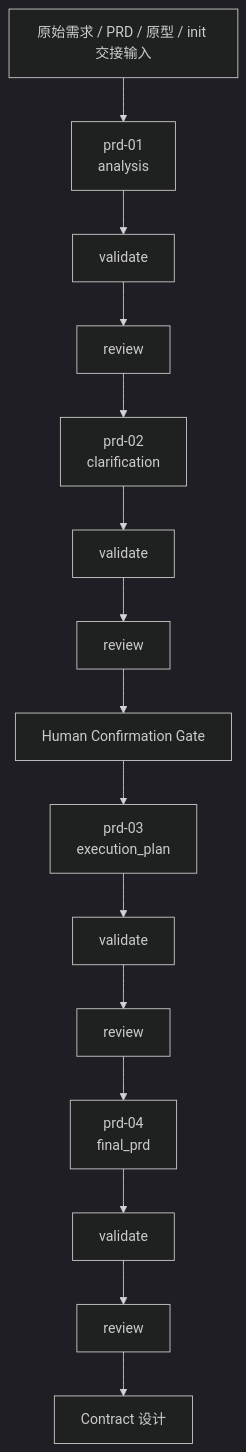
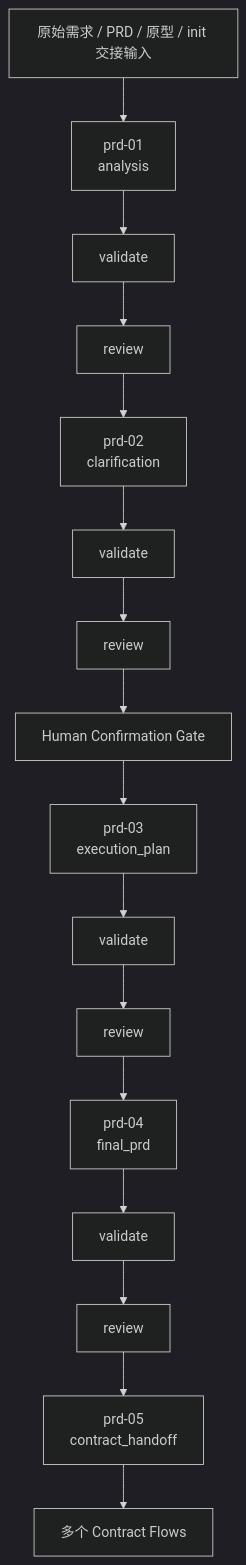
Before and after one commit to Jancy0713/archetype-admin-path: the diagram in docs/prd/WORKFLOW_GUIDE.md, drawn with Mermaid (dark theme). The commit also changed other lines of this file and 218 other files, not shown here.

````diff
--- a/docs/prd/WORKFLOW_GUIDE.md
+++ b/docs/prd/WORKFLOW_GUIDE.md
@@ -53,17 +53,18 @@
 ```mermaid
 flowchart TD
     A["原始需求 / PRD / 原型 / init 交接输入"] --> P01["prd-01<br/>analysis"]
     P01 --> P01V["validate"]
     P01V --> P01R["review"]
     P01R --> P02["prd-02<br/>clarification"]
     P02 --> P02V["validate"]
     P02V --> P02R["review"]
     P02R --> H["Human Confirmation Gate"]
     H --> P03["prd-03<br/>execution_plan"]
     P03 --> P03V["validate"]
     P03V --> P03R["review"]
     P03R --> P04["prd-04<br/>final_prd"]
     P04 --> P04V["validate"]
     P04V --> P04R["review"]
-    P04R --> C["Contract 设计"]
+    P04R --> C05["prd-05<br/>contract_handoff"]
+    C05 --> C["多个 Contract Flows"]
 ```
````
